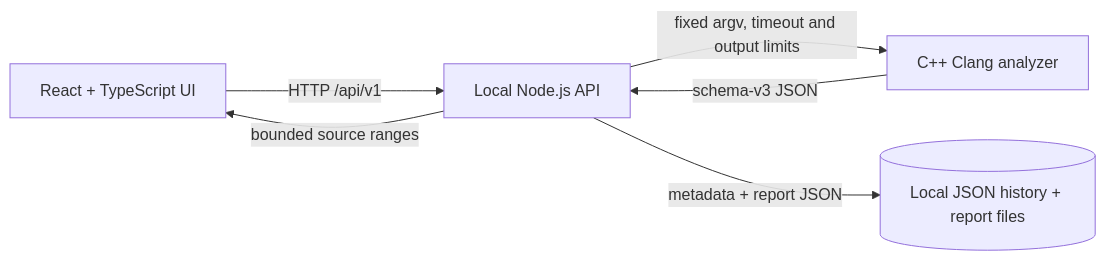
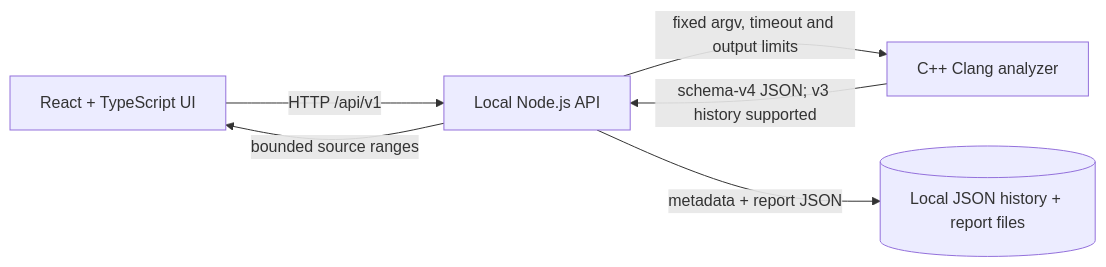
Before and after one commit to sathvik333m/IRQGuard: the diagram in README.md, drawn with Mermaid. The commit also changed other lines of this file and 25 other files, not shown here.

````diff
--- a/README.md
+++ b/README.md
@@ -55,8 +55,8 @@
 ```mermaid
 flowchart LR
   Browser[React + TypeScript UI] -->|HTTP /api/v1| API[Local Node.js API]
   API -->|fixed argv, timeout and output limits| Analyzer[C++ Clang analyzer]
-  Analyzer -->|schema-v3 JSON| API
+  Analyzer -->|schema-v4 JSON; v3 history supported| API
   API -->|metadata + report JSON| DB[(Local JSON history + report files)]
   API -->|bounded source ranges| Browser
 ```
````
